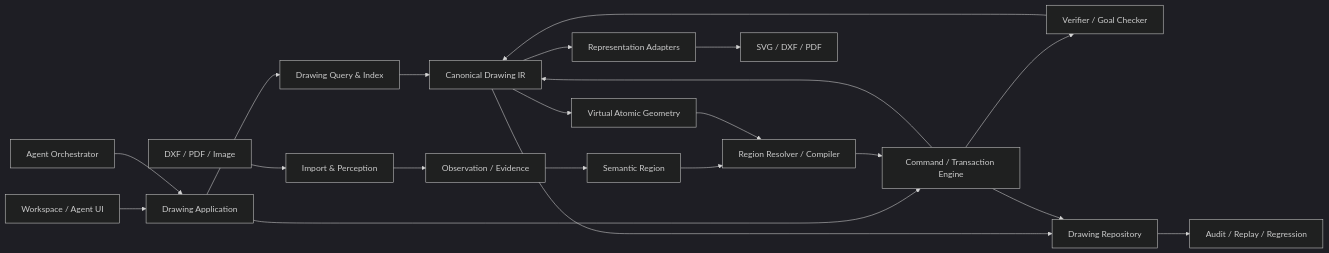
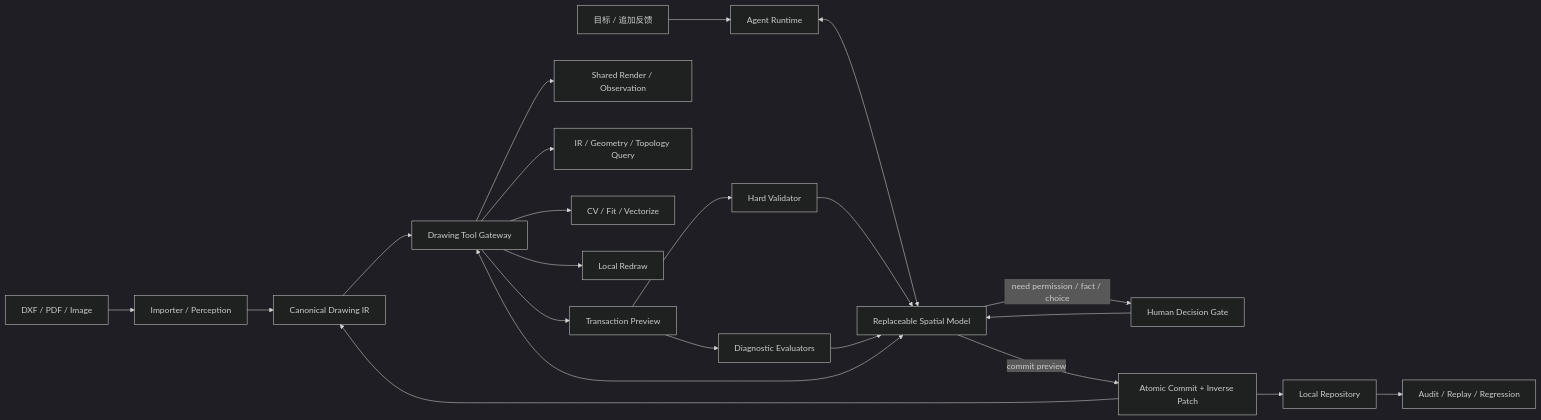
Before and after one commit to sidhu-master/VectorAI-plugin: the diagram in docs/tech-architecture.md, drawn with Mermaid (dark theme). The commit also changed other lines of this file and 2 other files, not shown here.

Commit message:
docs: design model-led drawing agent architecture

````diff
--- a/docs/tech-architecture.md
+++ b/docs/tech-architecture.md
@@ -29,26 +36,28 @@
 ```mermaid
 flowchart LR
-    UI["Workspace / Agent UI"] --> APP["Drawing Application"]
-    AGENT["Agent Orchestrator"] --> APP
-    APP --> QUERY["Drawing Query & Index"]
-    APP --> CMD["Command / Transaction Engine"]
-    CMD --> CORE["Canonical Drawing IR"]
-    QUERY --> CORE
-    CMD --> VERIFY["Verifier / Goal Checker"]
-    VERIFY --> CORE
+    SRC["DXF / PDF / Image"] --> INGEST["Importer / Perception"]
+    INGEST --> CORE["Canonical Drawing IR"]
 
-    SOURCE["DXF / PDF / Image"] --> INGEST["Import & Perception"]
-    INGEST --> EVIDENCE["Observation / Evidence"]
-    EVIDENCE --> REGION["Semantic Region"]
-    REGION --> RESOLVE["Region Resolver / Compiler"]
-    CORE --> ATOMIC["Virtual Atomic Geometry"]
-    ATOMIC --> RESOLVE
-    RESOLVE --> CMD
+    USER["目标 / 追加反馈"] --> RUNTIME["Agent Runtime"]
+    CORE --> TOOLS["Drawing Tool Gateway"]
+    RUNTIME <--> MODEL["Replaceable Spatial Model"]
+    MODEL <--> TOOLS
 
-    CORE --> REPO["Drawing Repository"]
-    CMD --> REPO
+    TOOLS --> RENDER["Shared Render / Observation"]
+    TOOLS --> QUERY["IR / Geometry / Topology Query"]
+    TOOLS --> CV["CV / Fit / Vectorize"]
+    TOOLS --> REDRAW["Local Redraw"]
+    TOOLS --> TX["Transaction Preview"]
+
+    TX --> HARD["Hard Validator"]
+    TX --> DIAG["Diagnostic Evaluators"]
+    HARD --> MODEL
+    DIAG --> MODEL
+
+    MODEL -->|"need permission / fact / choice"| HUMAN["Human Decision Gate"]
+    HUMAN --> MODEL
+    MODEL -->|"commit preview"| COMMIT["Atomic Commit + Inverse Patch"]
+    COMMIT --> REPO["Local Repository"]
     REPO --> AUDIT["Audit / Replay / Regression"]
-
-    CORE --> ADAPTER["Representation Adapters"]
-    ADAPTER --> OUTPUT["SVG / DXF / PDF"]
+    COMMIT --> CORE
 ```
````
